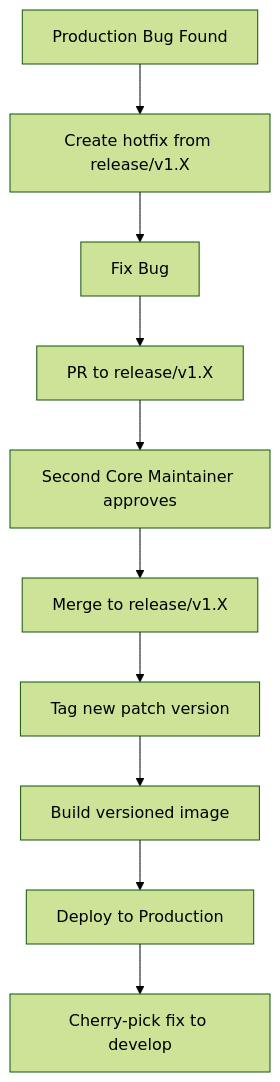
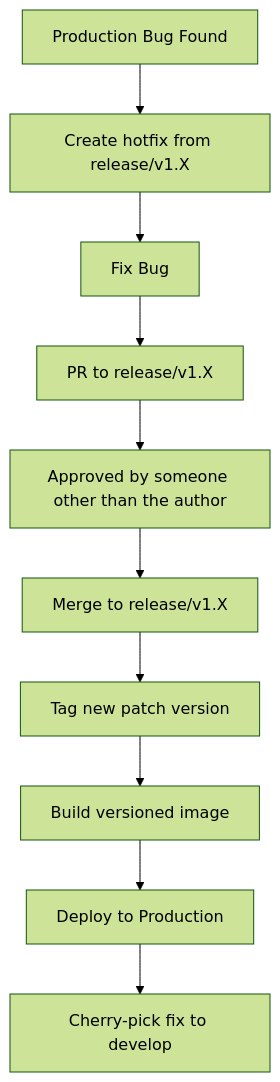
One commit to eneo-ai/eneo changed the second of 2 diagrams in docs/DEPLOYMENT_WORKFLOW.md. Above: the diagram before and after it, drawn with Mermaid (forest theme). The commit also changed other lines of this file and 6 other files, not shown here.

````diff
--- a/docs/DEPLOYMENT_WORKFLOW.md
+++ b/docs/DEPLOYMENT_WORKFLOW.md
@@ -293,12 +293,12 @@
 ```mermaid
 flowchart TB
     A[Production Bug Found] --> B[Create hotfix from release/v1.X]
     B --> C[Fix Bug]
     C --> D[PR to release/v1.X]
-    D --> D2[Second Core Maintainer approves]
+    D --> D2[Approved by someone other than the author]
     D2 --> E[Merge to release/v1.X]
     E --> F[Tag new patch version]
     F --> G[Build versioned image]
     G --> H[Deploy to Production]
     H --> I[Cherry-pick fix to develop]
 ```
````
